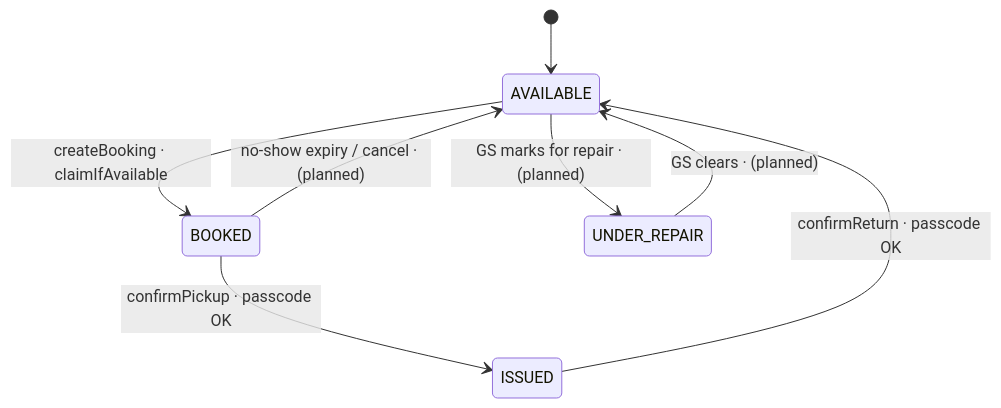
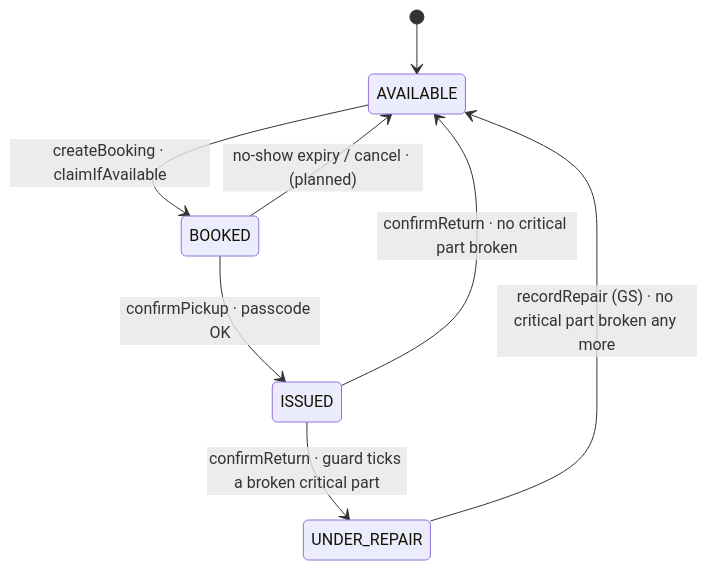
The tenth of 14 diagrams in docs/FLOWS.md (Xerxes05k/CS5013-Project), drawn with Mermaid before and after one commit. The commit also changed other lines of this file and 2 other files, not shown here.

````diff
--- a/docs/FLOWS.md
+++ b/docs/FLOWS.md
@@ -386,10 +386,10 @@
 ```mermaid
 stateDiagram-v2
     [*] --> AVAILABLE
     AVAILABLE --> BOOKED: createBooking · claimIfAvailable
     BOOKED --> ISSUED: confirmPickup · passcode OK
-    ISSUED --> AVAILABLE: confirmReturn · passcode OK
+    ISSUED --> AVAILABLE: confirmReturn · no critical part broken
+    ISSUED --> UNDER_REPAIR: confirmReturn · guard ticks a broken critical part
+    UNDER_REPAIR --> AVAILABLE: recordRepair (GS) · no critical part broken any more
     BOOKED --> AVAILABLE: no-show expiry / cancel · (planned)
-    AVAILABLE --> UNDER_REPAIR: GS marks for repair · (planned)
-    UNDER_REPAIR --> AVAILABLE: GS clears · (planned)
 ```
````
